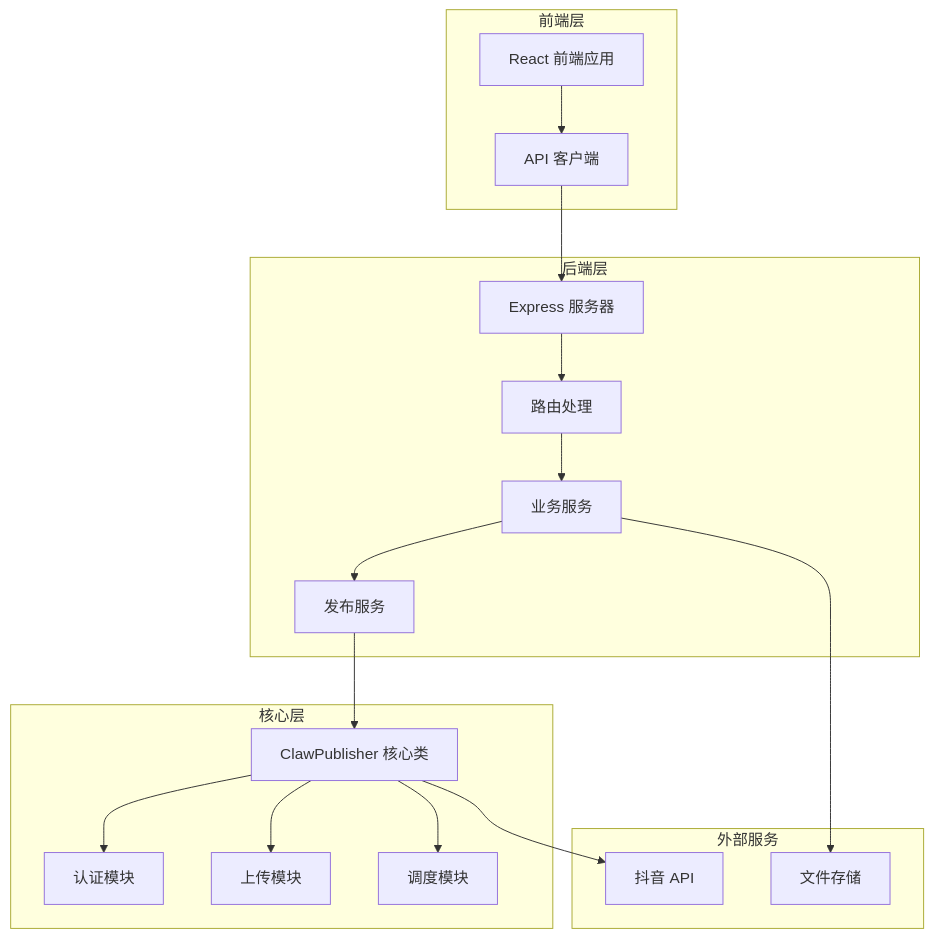
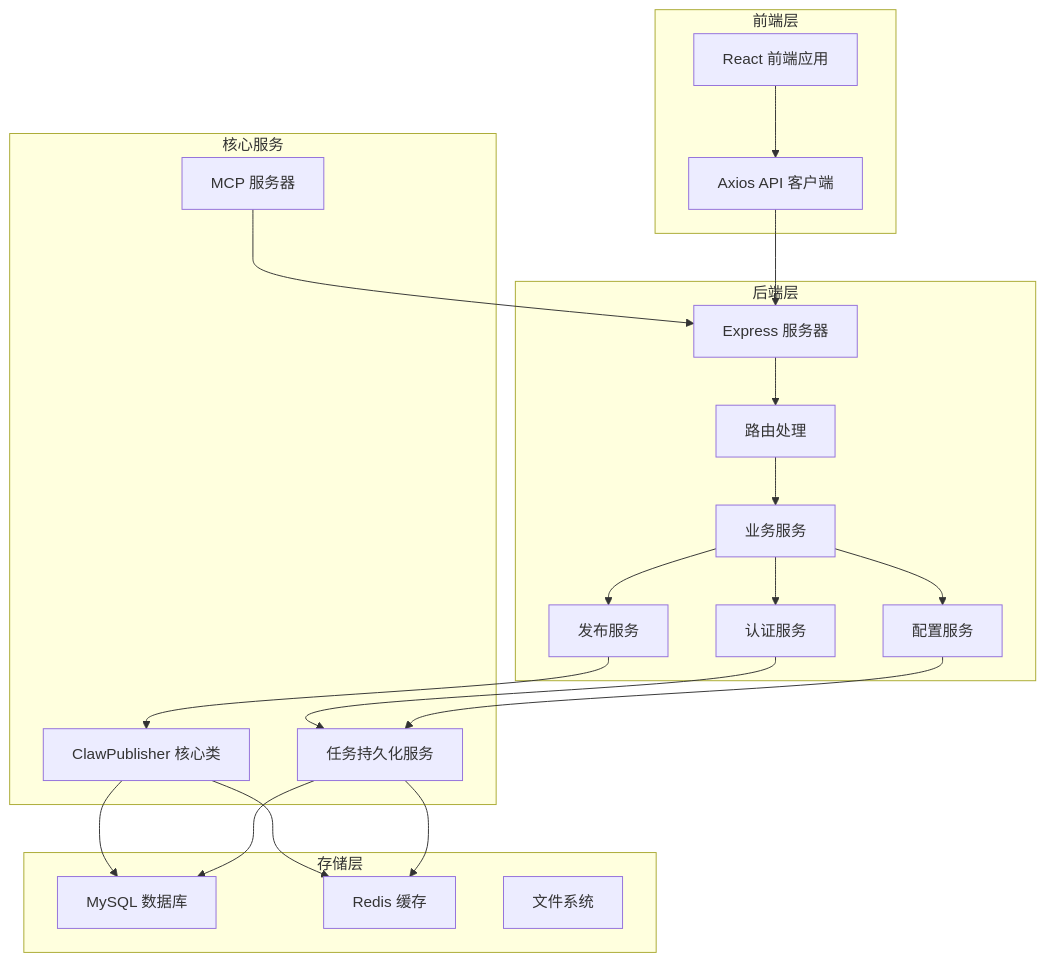
Before and after one commit to songdiyang/clawOperations: the first of 7 diagrams in .qoder/repowiki/zh/content/Websocket System Removed.md, drawn with Mermaid. The commit also changed other lines of this file and 10 other files, not shown here.

````diff
--- a/.qoder/repowiki/zh/content/Websocket System Removed.md
+++ b/.qoder/repowiki/zh/content/Websocket System Removed.md
@@ -39,34 +54,40 @@
 ```mermaid
 graph TB
 subgraph "前端层"
 UI[React 前端应用]
-API[API 客户端]
+API[Axios API 客户端]
 end
 subgraph "后端层"
 Express[Express 服务器]
 Routes[路由处理]
 Services[业务服务]
 Publisher[发布服务]
+Auth[认证服务]
+Config[配置服务]
 end
-subgraph "核心层"
+subgraph "存储层"
+MySQL[MySQL 数据库]
+Redis[Redis 缓存]
+FS[文件系统]
+end
+subgraph "核心服务"
 ClawPublisher[ClawPublisher 核心类]
-Auth[认证模块]
-Upload[上传模块]
-Scheduler[调度模块]
-end
-subgraph "外部服务"
-DouyinAPI[抖音 API]
-Storage[文件存储]
+TaskService[任务持久化服务]
+MCP[MCP 服务器]
 end
 UI --> API
 API --> Express
 Express --> Routes
 Routes --> Services
 Services --> Publisher
+Services --> Auth
+Services --> Config
 Publisher --> ClawPublisher
-ClawPublisher --> Auth
-ClawPublisher --> Upload
-ClawPublisher --> Scheduler
-ClawPublisher --> DouyinAPI
-Services --> Storage
+Auth --> TaskService
+Config --> TaskService
+ClawPublisher --> MySQL
+ClawPublisher --> Redis
+TaskService --> MySQL
+TaskService --> Redis
+MCP --> Express
 ```
````
